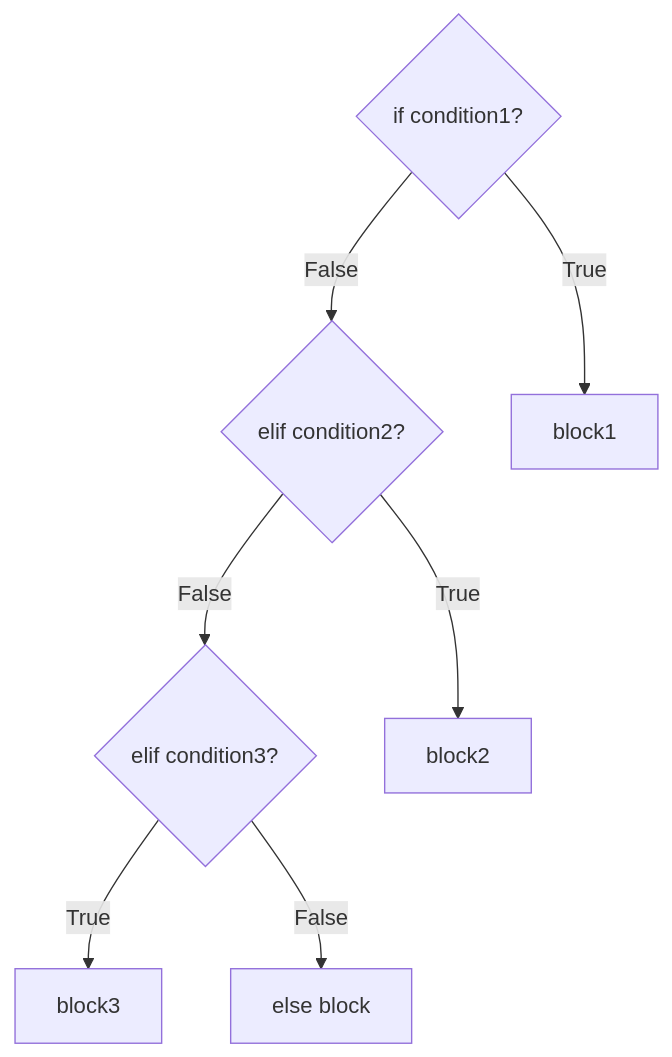
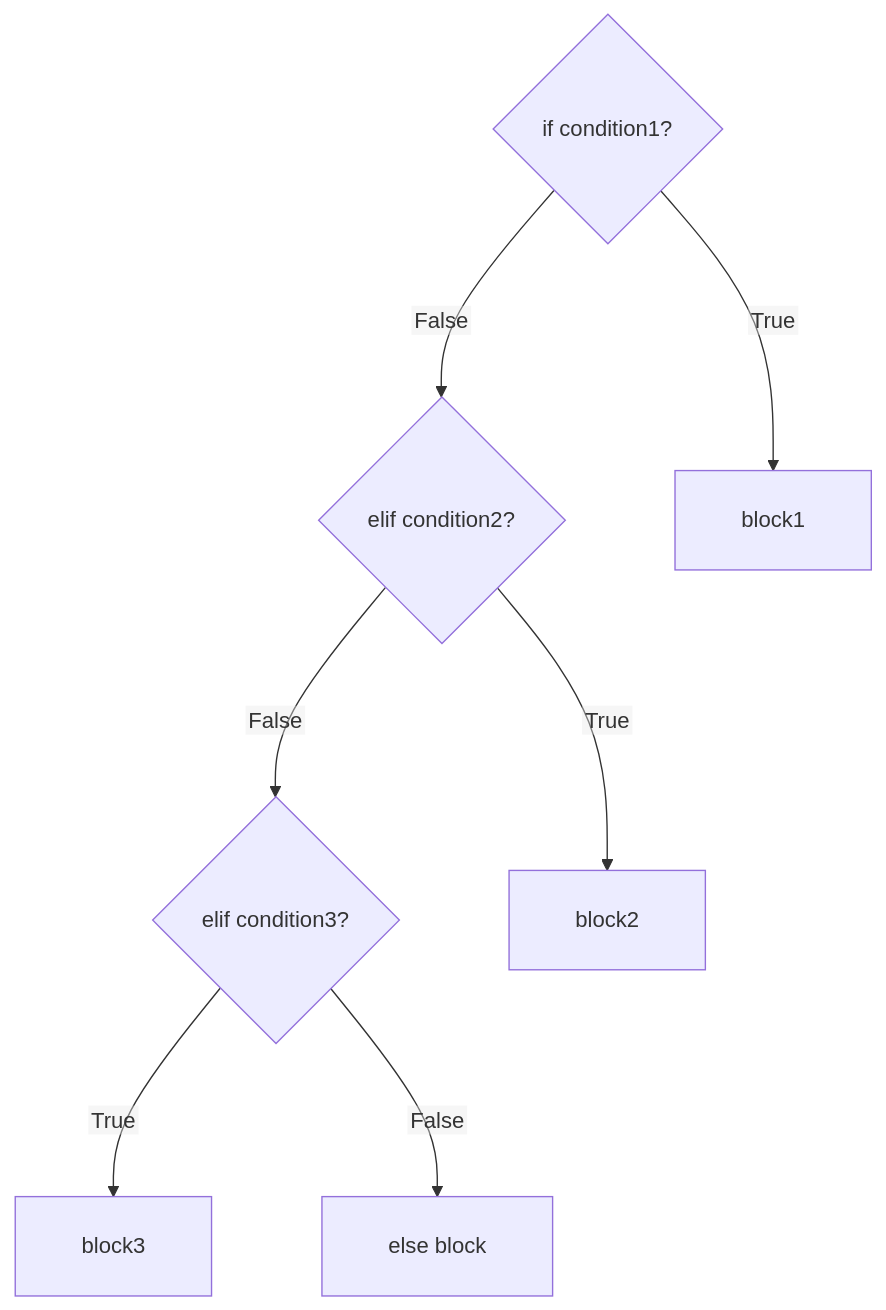
The fifth of 7 diagrams in SAL-2026/Python Basics - English/S02/NotesPresentation.md (ABVenu/salcurriculum), drawn with Mermaid before and after one commit. The commit also changed other lines of this file and 820 other files, not shown here.

````diff
--- a/SAL-2026/Python Basics - English/S02/NotesPresentation.md
+++ b/SAL-2026/Python Basics - English/S02/NotesPresentation.md
@@ -295,13 +451,14 @@
 ```mermaid
+%%{init: {"flowchart": {"htmlLabels": false, "curve": "basis", "padding": 24, "nodeSpacing": 80, "rankSpacing": 90, "diagramPadding": 48}}}%%
 flowchart TB
-    IF{if condition1?}
-    ELIF1{elif condition2?}
-    ELIF2{elif condition3?}
-    ELSE[else block]
-    IF -->|True| B1[block1]
-    IF -->|False| ELIF1
-    ELIF1 -->|True| B2[block2]
-    ELIF1 -->|False| ELIF2
-    ELIF2 -->|True| B3[block3]
-    ELIF2 -->|False| ELSE
+    IF{"  if condition1?  "}
+    ELIF1{"  elif condition2?  "}
+    ELIF2{"  elif condition3?  "}
+    ELSE["  else block  "]
+    IF -->|"  True  "| B1["  block1  "]
+    IF -->|"  False  "| ELIF1
+    ELIF1 -->|"  True  "| B2["  block2  "]
+    ELIF1 -->|"  False  "| ELIF2
+    ELIF2 -->|"  True  "| B3["  block3  "]
+    ELIF2 -->|"  False  "| ELSE
 ```
````
